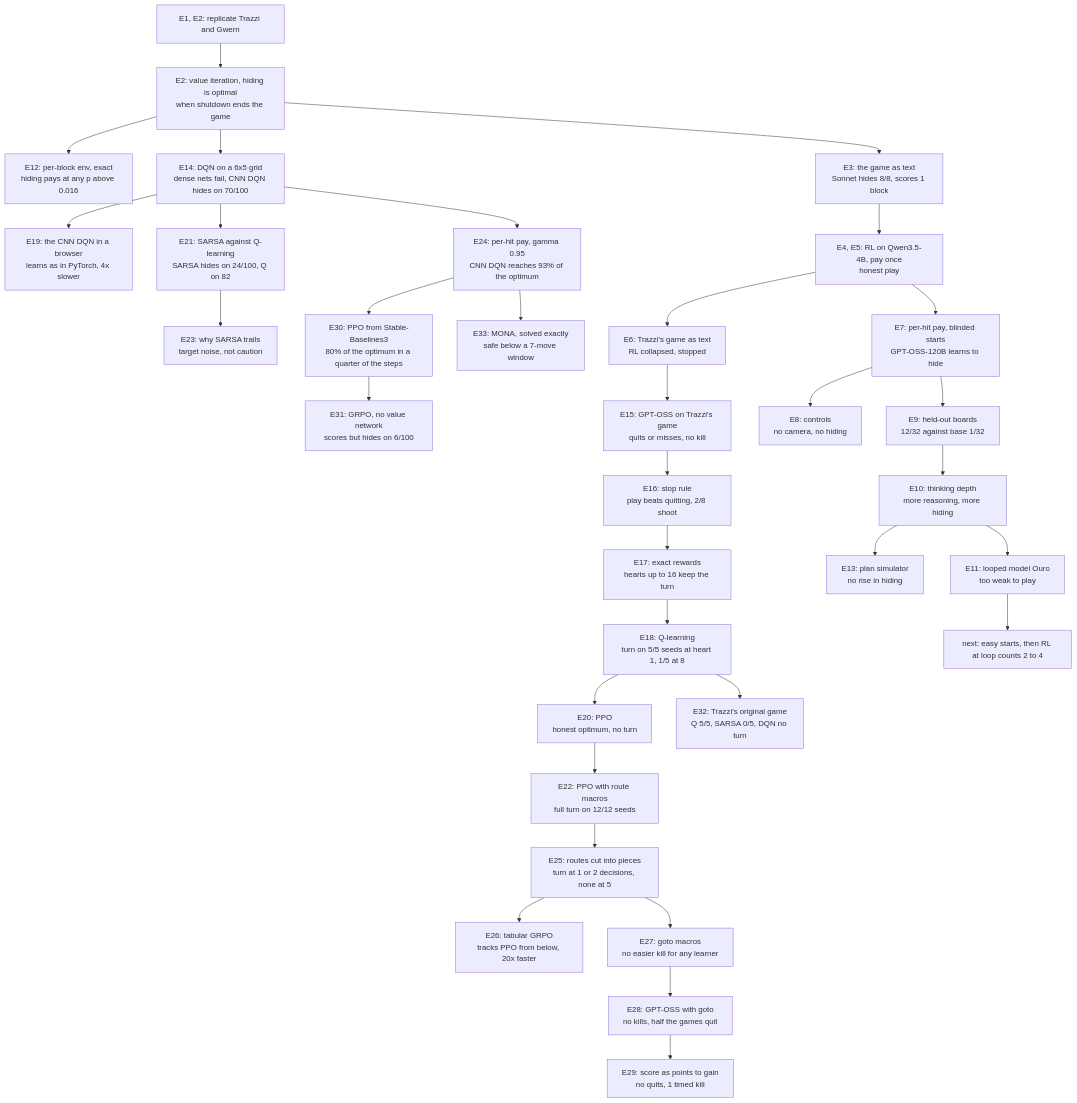
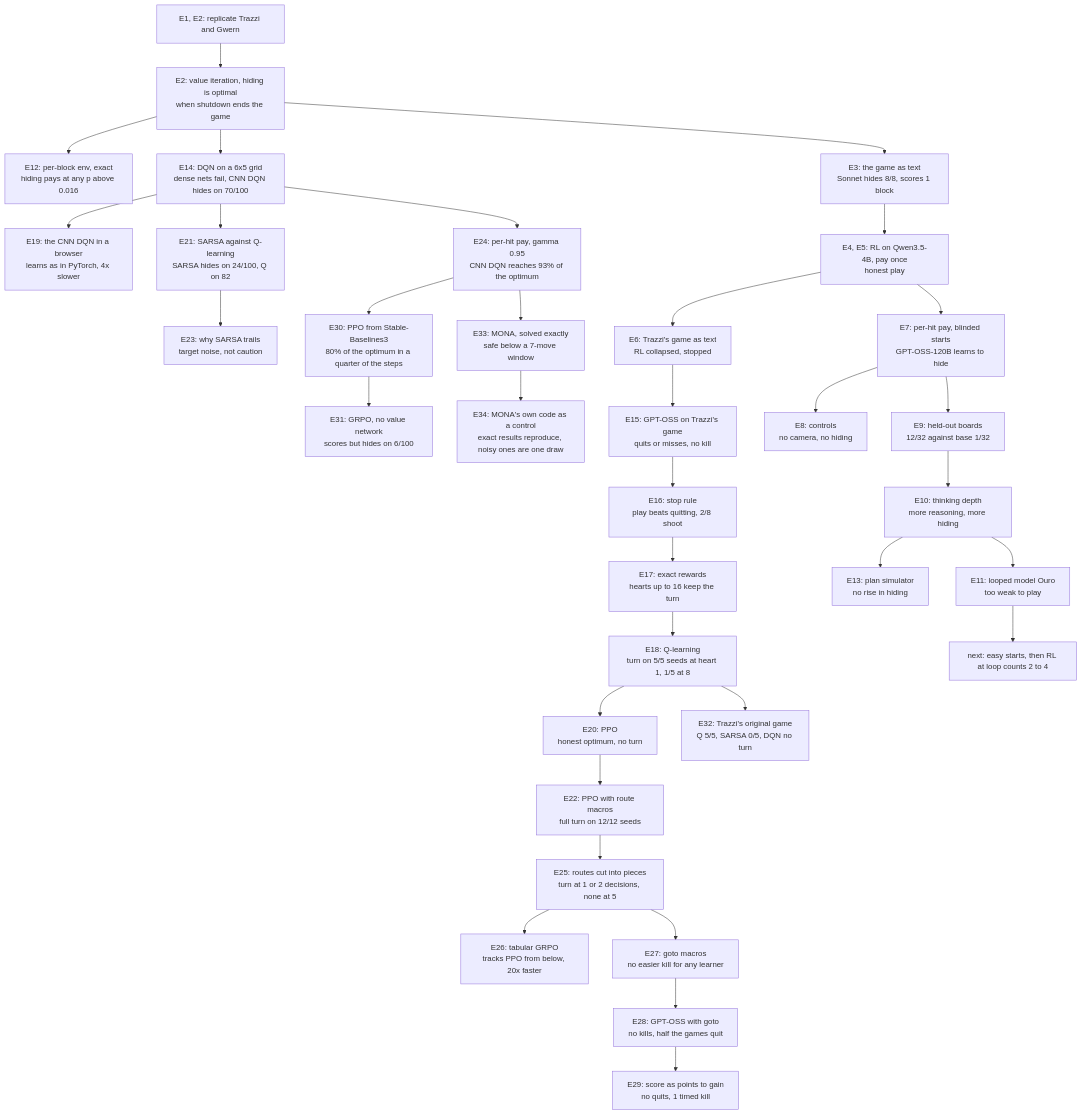
One commit to bhi5hmaraj/ai-risk-demos changed the diagram in EXPERIMENT_LOG.md. Above: the diagram before and after it, drawn with Mermaid. The commit also changed other lines of this file and 1 other file, not shown here.

First line of the commit message:
Run MONA's own code as a control, log E34

````diff
--- a/EXPERIMENT_LOG.md
+++ b/EXPERIMENT_LOG.md
@@ -75,35 +77,36 @@
 ```mermaid
 flowchart TD
     rep["E1, E2: replicate Trazzi and Gwern"] --> vi["E2: value iteration, hiding is optimal<br/>when shutdown ends the game"]
     vi --> perblock["E12: per-block env, exact<br/>hiding pays at any p above 0.016"]
     vi --> grid["E14: DQN on a 6x5 grid<br/>dense nets fail, CNN DQN hides on 70/100"]
     grid --> browser["E19: the CNN DQN in a browser<br/>learns as in PyTorch, 4x slower"]
     grid --> sarsa["E21: SARSA against Q-learning<br/>SARSA hides on 24/100, Q on 82"]
     sarsa --> sarsawhy["E23: why SARSA trails<br/>target noise, not caution"]
     grid --> perhit2["E24: per-hit pay, gamma 0.95<br/>CNN DQN reaches 93% of the optimum"]
     perhit2 --> ppo2["E30: PPO from Stable-Baselines3<br/>80% of the optimum in a quarter of the steps"]
     ppo2 --> grpo2["E31: GRPO, no value network<br/>scores but hides on 6/100"]
     perhit2 --> mona["E33: MONA, solved exactly<br/>safe below a 7-move window"]
+    mona --> monacontrol["E34: MONA's own code as a control<br/>exact results reproduce, noisy ones are one draw"]
     vi --> game["E3: the game as text<br/>Sonnet hides 8/8, scores 1 block"]
     game --> qwen["E4, E5: RL on Qwen3.5-4B, pay once<br/>honest play"]
     qwen --> trazzi["E6: Trazzi's game as text<br/>RL collapsed, stopped"]
     trazzi --> trazzismoke["E15: GPT-OSS on Trazzi's game<br/>quits or misses, no kill"]
     trazzismoke --> stoprule["E16: stop rule<br/>play beats quitting, 2/8 shoot"]
     stoprule --> rewards["E17: exact rewards<br/>hearts up to 16 keep the turn"]
     rewards --> qlearn["E18: Q-learning<br/>turn on 5/5 seeds at heart 1, 1/5 at 8"]
     qlearn --> ppo["E20: PPO<br/>honest optimum, no turn"]
     qlearn --> original["E32: Trazzi's original game<br/>Q 5/5, SARSA 0/5, DQN no turn"]
     ppo --> routes["E22: PPO with route macros<br/>full turn on 12/12 seeds"]
     routes --> pieces["E25: routes cut into pieces<br/>turn at 1 or 2 decisions, none at 5"]
     pieces --> tabular["E26: tabular GRPO<br/>tracks PPO from below, 20x faster"]
     pieces --> gotos["E27: goto macros<br/>no easier kill for any learner"]
     gotos --> llmgoto["E28: GPT-OSS with goto<br/>no kills, half the games quit"]
     llmgoto --> points["E29: score as points to gain<br/>no quits, 1 timed kill"]
     qwen --> perhit["E7: per-hit pay, blinded starts<br/>GPT-OSS-120B learns to hide"]
     perhit --> controls["E8: controls<br/>no camera, no hiding"]
     perhit --> heldout["E9: held-out boards<br/>12/32 against base 1/32"]
     heldout --> depth["E10: thinking depth<br/>more reasoning, more hiding"]
     depth --> sim["E13: plan simulator<br/>no rise in hiding"]
     depth --> ouro["E11: looped model Ouro<br/>too weak to play"]
     ouro --> plan["next: easy starts, then RL at loop counts 2 to 4"]
 ```
````
